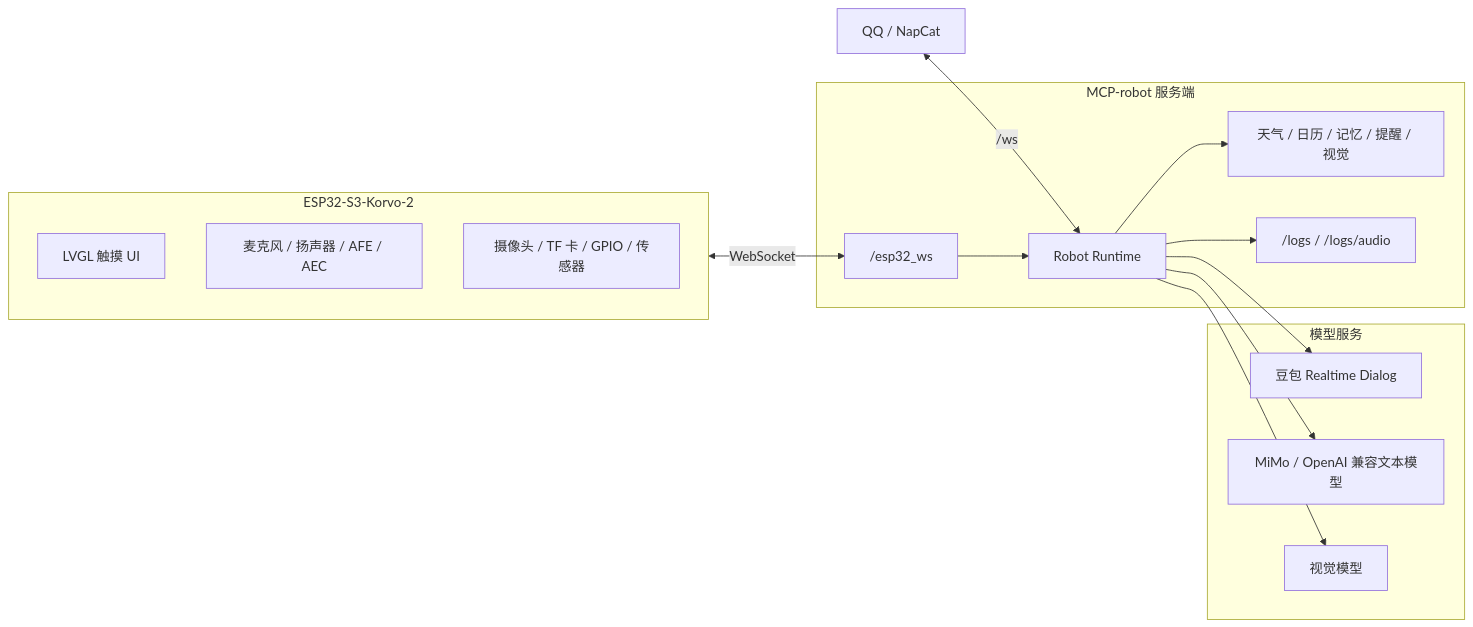
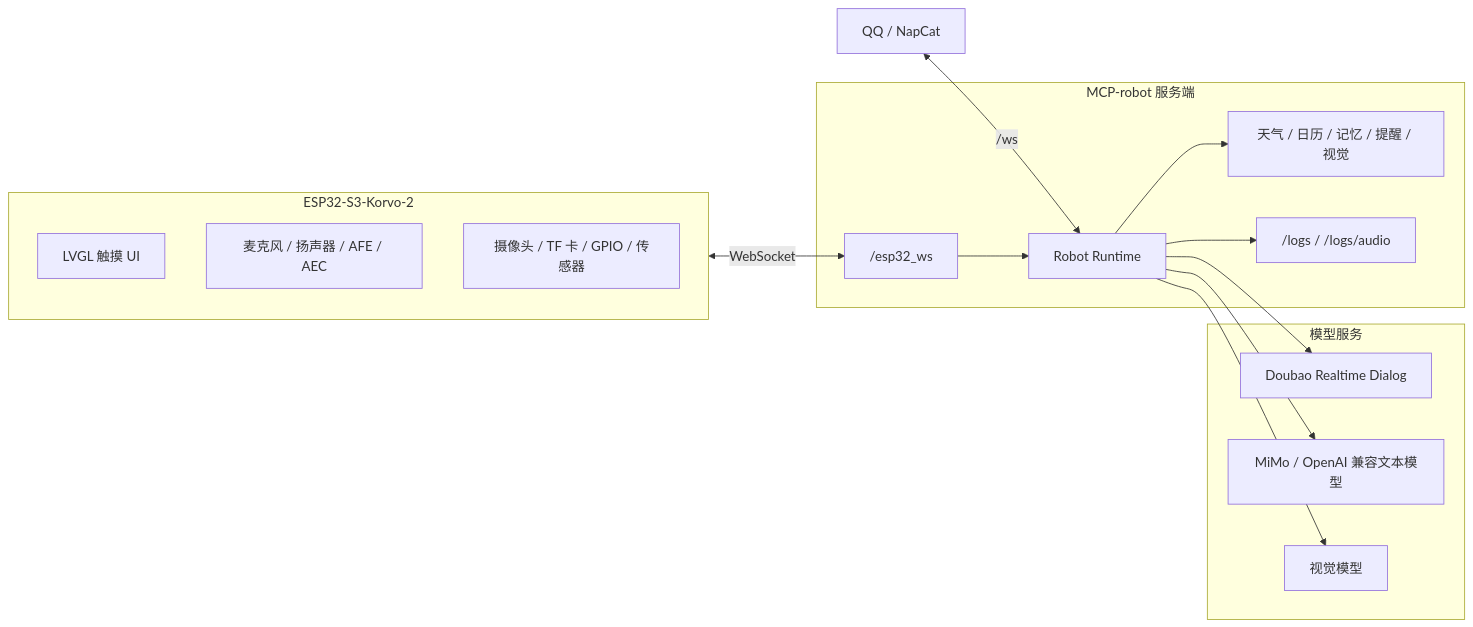
The diagram in README.md (wzp-123777/MCP-ESP32), drawn with Mermaid before and after one commit. The commit also changed other lines of this file and 1 other file, not shown here.

````diff
--- a/README.md
+++ b/README.md
@@ -30,29 +28,29 @@
 ```mermaid
 flowchart LR
     subgraph Device["ESP32-S3-Korvo-2"]
         UI["LVGL 触摸 UI"]
         Audio["麦克风 / 扬声器 / AFE / AEC"]
         HW["摄像头 / TF 卡 / GPIO / 传感器"]
     end
 
     subgraph Server["MCP-robot 服务端"]
         ESPWS["/esp32_ws"]
         Runtime["Robot Runtime"]
         Tools["天气 / 日历 / 记忆 / 提醒 / 视觉"]
         Logs["/logs / /logs/audio"]
     end
 
     subgraph Models["模型服务"]
-        Doubao["豆包 Realtime Dialog"]
-        MiMo["MiMo / OpenAI 兼容文本模型"]
+        Doubao["Doubao Realtime Dialog"]
+        Text["MiMo / OpenAI 兼容文本模型"]
         Vision["视觉模型"]
     end
 
     QQ["QQ / NapCat"] <-->|/ws| Runtime
     Device <-->|WebSocket| ESPWS --> Runtime
     Runtime --> Tools
     Runtime --> Logs
     Runtime --> Doubao
-    Runtime --> MiMo
+    Runtime --> Text
     Runtime --> Vision
 ```
````
